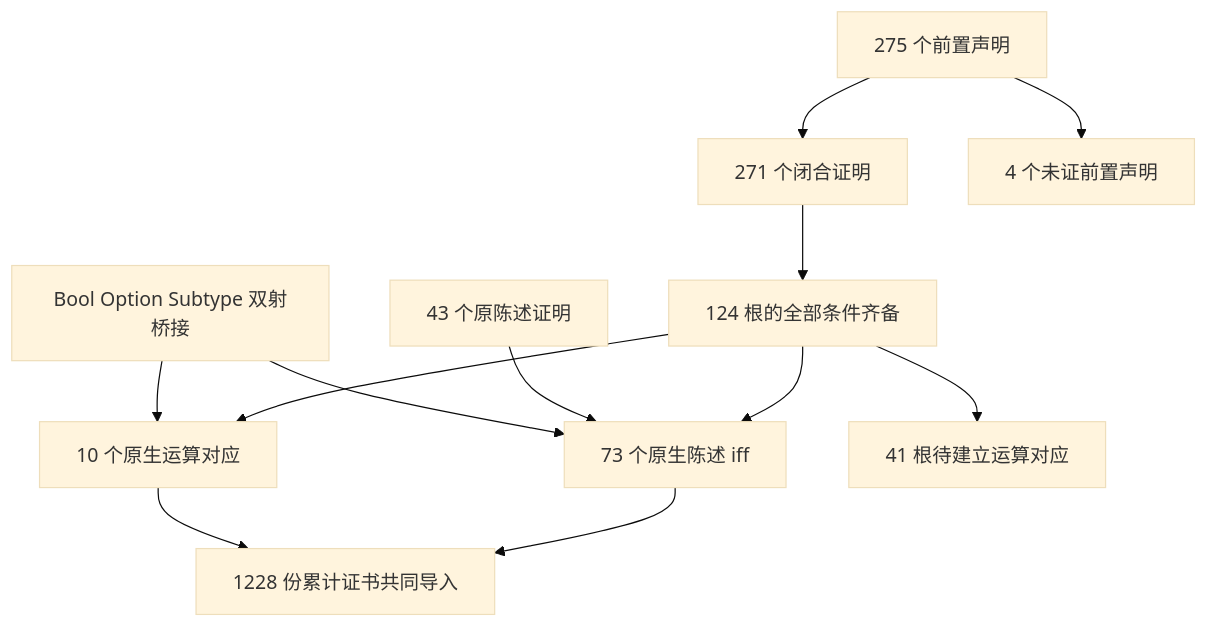
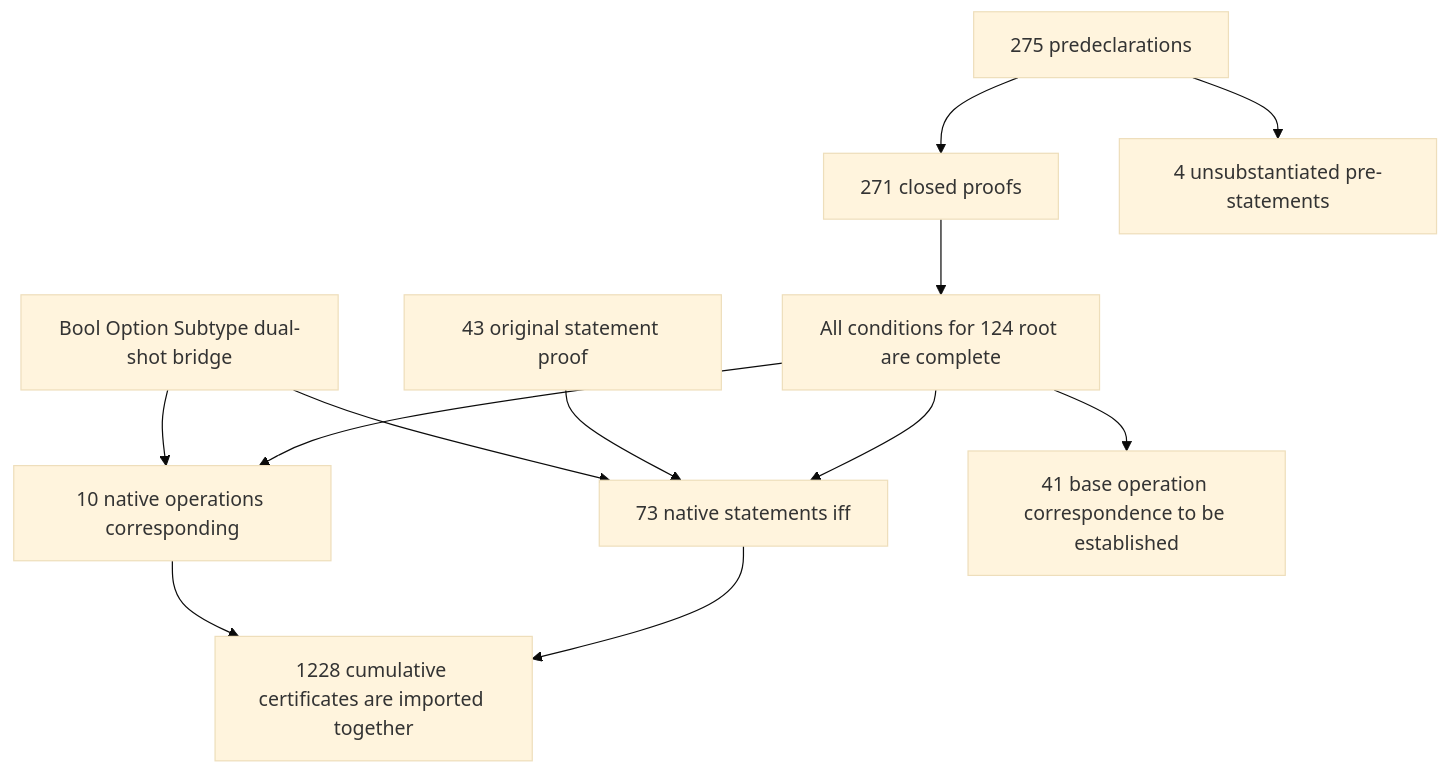
Before and after one commit to jackooo-dddd/rocq-core: the eighth of 26 diagrams in experiments/incremental-correspondence-20261019/DAG.md, drawn with Mermaid (base theme). The commit also changed other lines of this file and 701 other files, not shown here.

````diff
--- a/experiments/incremental-correspondence-20261019/DAG.md
+++ b/experiments/incremental-correspondence-20261019/DAG.md
@@ -329,14 +329,14 @@
 ```mermaid
 graph TD
-  A[275 个前置声明] --> B[271 个闭合证明]
-  A --> X[4 个未证前置声明]
-  B --> C[124 根的全部条件齐备]
-  C --> D[73 个原生陈述 iff]
-  C --> E[10 个原生运算对应]
-  C --> F[41 根待建立运算对应]
-  G[43 个原陈述证明] --> D
-  H[Bool Option Subtype 双射桥接] --> D
+  A[275 predeclarations] --> B[271 closed proofs]
+  A --> X[4 unsubstantiated pre-statements]
+  B --> C[All conditions for 124 root are complete]
+  C --> D[73 native statements iff]
+  C --> E[10 native operations corresponding]
+  C --> F[41 base operation correspondence to be established]
+  G[43 original statement proof] --> D
+  H[Bool Option Subtype dual-shot bridge] --> D
   H --> E
-  D --> I[1228 份累计证书共同导入]
+  D --> I[1228 cumulative certificates are imported together]
   E --> I
 ```
````
